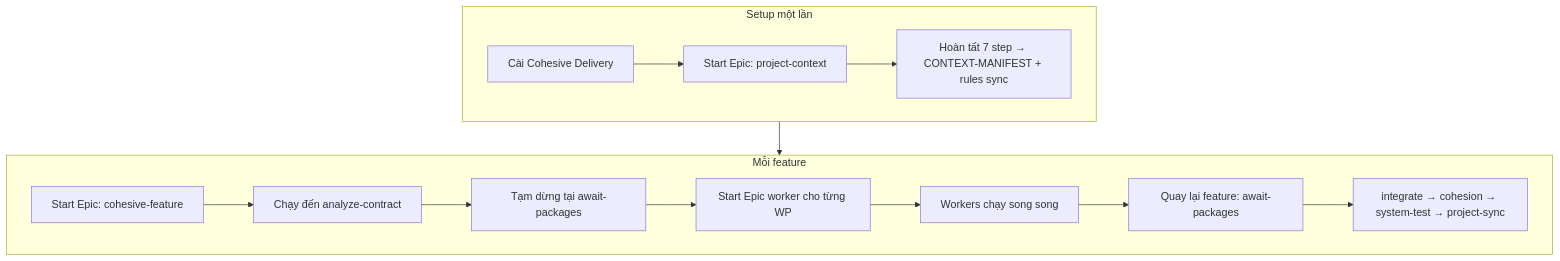
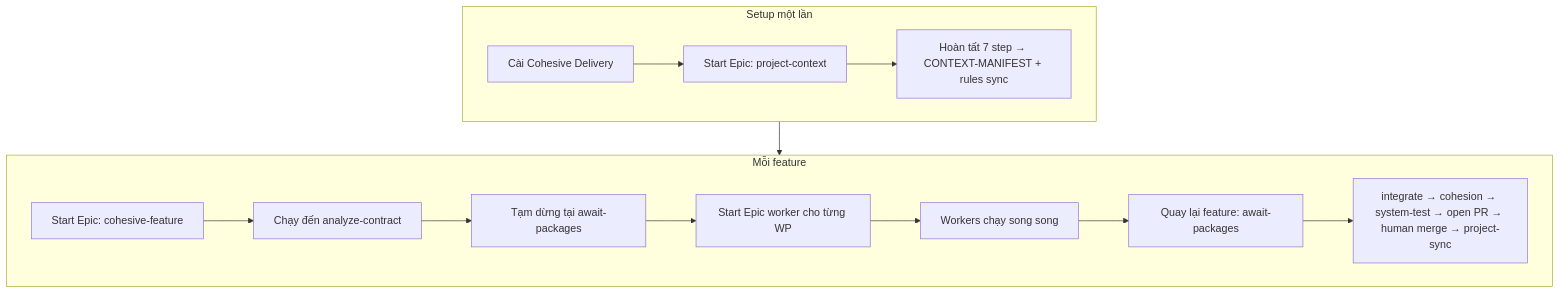
Before and after one commit to o00ontcong/aidlc: the first of 9 diagrams in packages/extension/media/guides/cohesive-delivery.md, drawn with Mermaid. The commit also changed other lines of this file and 55 other files, not shown here.

````diff
--- a/packages/extension/media/guides/cohesive-delivery.md
+++ b/packages/extension/media/guides/cohesive-delivery.md
@@ -9,18 +18,18 @@
 ```mermaid
 flowchart TB
   subgraph setup ["Setup một lần"]
     A[Cài Cohesive Delivery] --> B[Start Epic: project-context]
     B --> C[Hoàn tất 7 step → CONTEXT-MANIFEST + rules sync]
   end
 
   subgraph feature ["Mỗi feature"]
     D[Start Epic: cohesive-feature] --> E[Chạy đến analyze-contract]
     E --> F[Tạm dừng tại await-packages]
     F --> G[Start Epic worker cho từng WP]
     G --> H[Workers chạy song song]
     H --> I[Quay lại feature: await-packages]
-    I --> J[integrate → cohesion → system-test → project-sync]
+    I --> J[integrate → cohesion → system-test → open PR → human merge → project-sync]
   end
 
   setup --> feature
 ```
````
